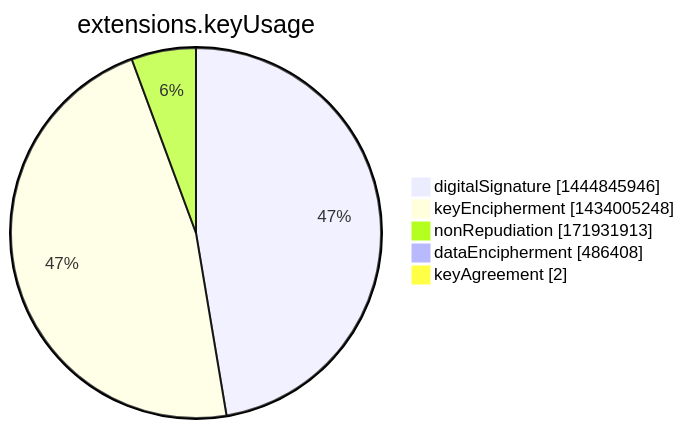
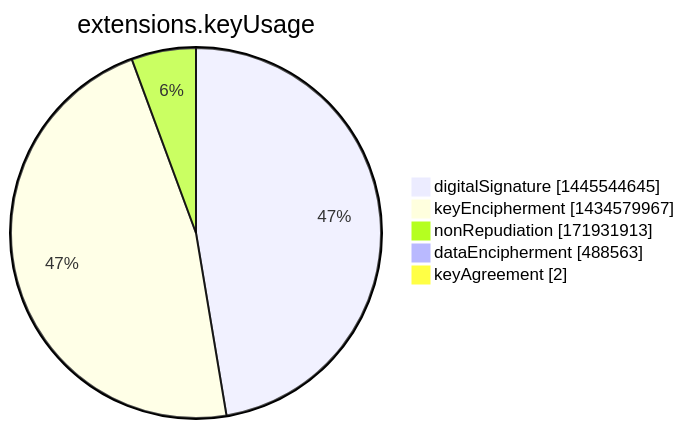
One commit to christiankrug/ctmonitor_visualization changed the seventh of 15 diagrams in argon2022/README.md. Above: the diagram before and after it, drawn with Mermaid. The commit also changed other lines of this file, not shown here.

````diff
--- a/argon2022/README.md
+++ b/argon2022/README.md
@@ -2751,9 +2751,9 @@
 ```mermaid
 pie showData
 title extensions.keyUsage
-"digitalSignature" :1444845946
-"keyEncipherment" :1434005248
+"digitalSignature" :1445544645
+"keyEncipherment" :1434579967
 "nonRepudiation" :171931913
-"dataEncipherment" :486408
+"dataEncipherment" :488563
 "keyAgreement" :2
 ```
````
